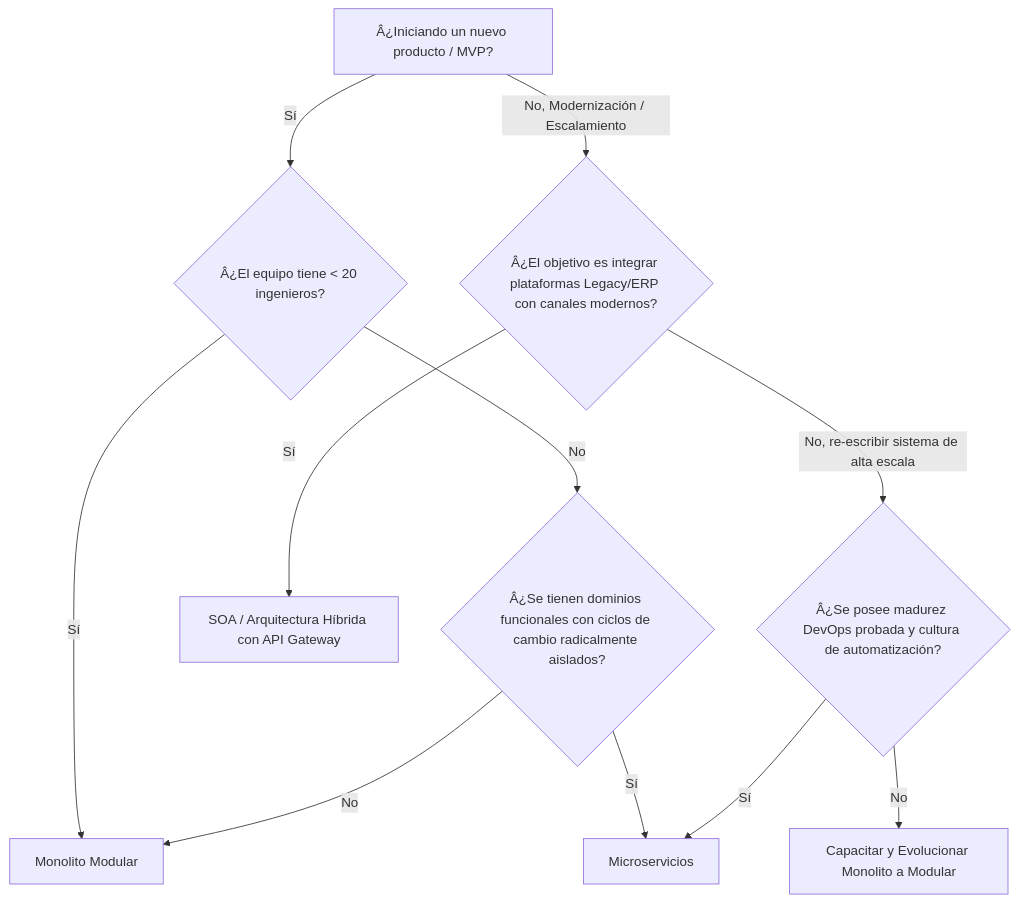
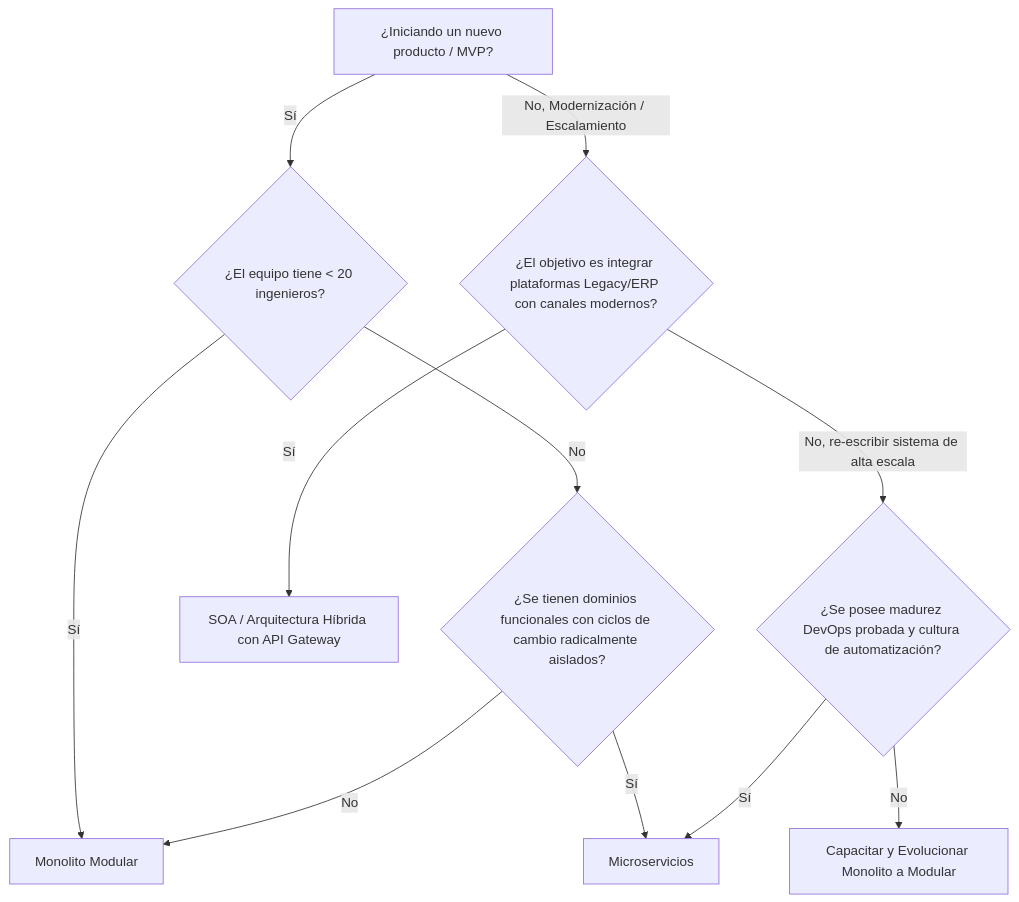
One commit to beyondnetcode/arc32_progresive_monolith changed the first of 2 diagrams in architecture/adrs-es/core/0047-architectural-patterns-monolith-soa-microservices.md. Above: the diagram before and after it, drawn with Mermaid. The commit also changed other lines of this file and 328 other files, not shown here.

Commit message:
chore: update and synchronize governance, architecture, and SDLC documentation across multiple languages

````diff
--- a/architecture/adrs-es/core/0047-architectural-patterns-monolith-soa-microservices.md
+++ b/architecture/adrs-es/core/0047-architectural-patterns-monolith-soa-microservices.md
@@ -131,13 +131,13 @@
 ```mermaid
 graph TD
-    A[Â¿Iniciando un nuevo producto / MVP?] -->|Sí­| B{Â¿El equipo tiene < 20 ingenieros?}
-    B -->|Sí­| C[Monolito Modular]
-    B -->|No| D{Â¿Se tienen dominios funcionales con ciclos de cambio radicalmente aislados?}
-    D -->|Sí­| E[Microservicios]
-    D -->|No| C
-    A -->|No, Modernización / Escalamiento| F{Â¿El objetivo es integrar plataformas Legacy/ERP con canales modernos?}
-    F -->|Sí­| G[SOA / Arquitectura Hí­brida con API Gateway]
-    F -->|No, re-escribir sistema de alta escala| H{Â¿Se posee madurez DevOps probada y cultura de automatización?}
-    H -->|No| I[Capacitar y Evolucionar Monolito a Modular]
-    H -->|Sí­| E
+ A[¿Iniciando un nuevo producto / MVP?] -->|Sí| B{¿El equipo tiene < 20 ingenieros?}
+ B -->|Sí| C[Monolito Modular]
+ B -->|No| D{¿Se tienen dominios funcionales con ciclos de cambio radicalmente aislados?}
+ D -->|Sí| E[Microservicios]
+ D -->|No| C
+ A -->|No, Modernización / Escalamiento| F{¿El objetivo es integrar plataformas Legacy/ERP con canales modernos?}
+ F -->|Sí| G[SOA / Arquitectura Híbrida con API Gateway]
+ F -->|No, re-escribir sistema de alta escala| H{¿Se posee madurez DevOps probada y cultura de automatización?}
+ H -->|No| I[Capacitar y Evolucionar Monolito a Modular]
+ H -->|Sí| E
 ```
````
